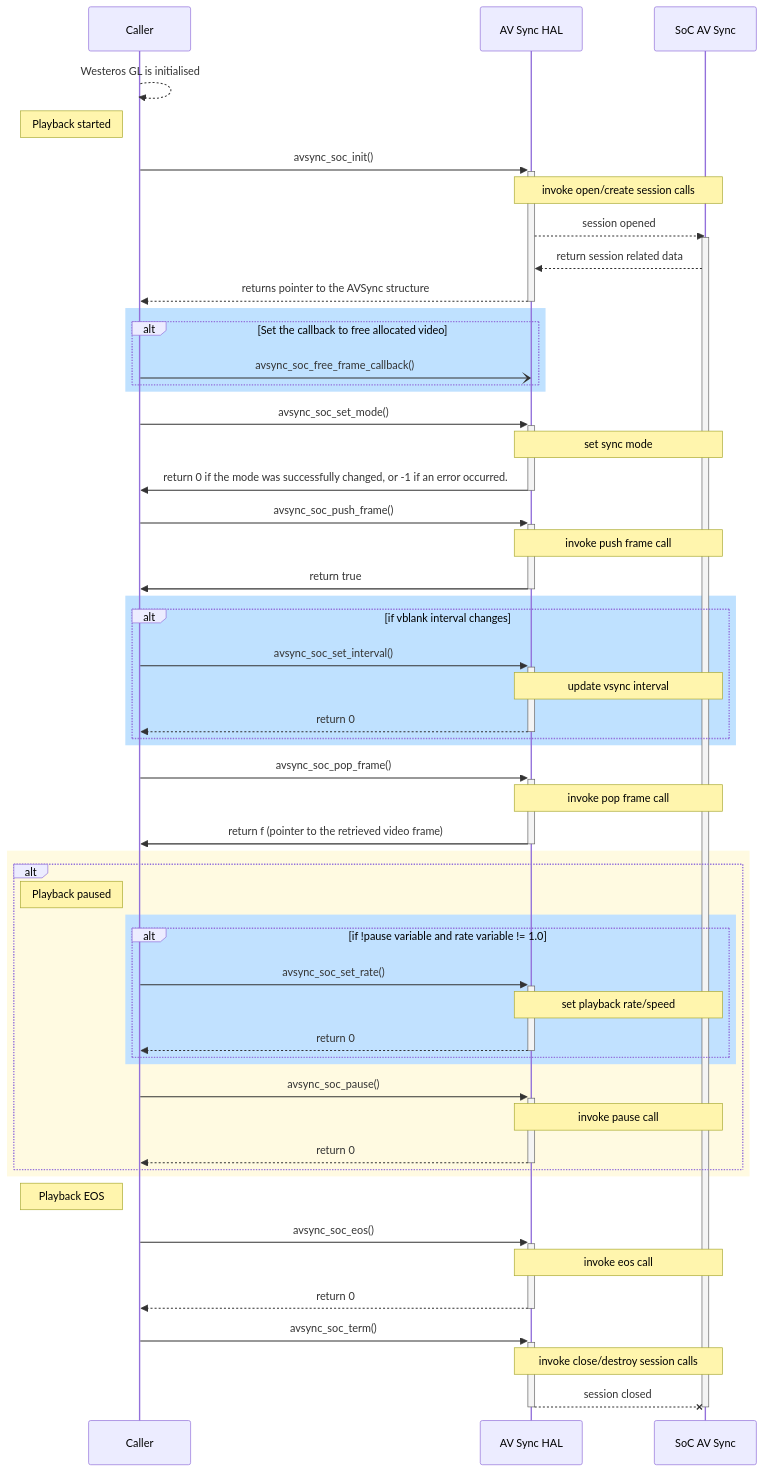
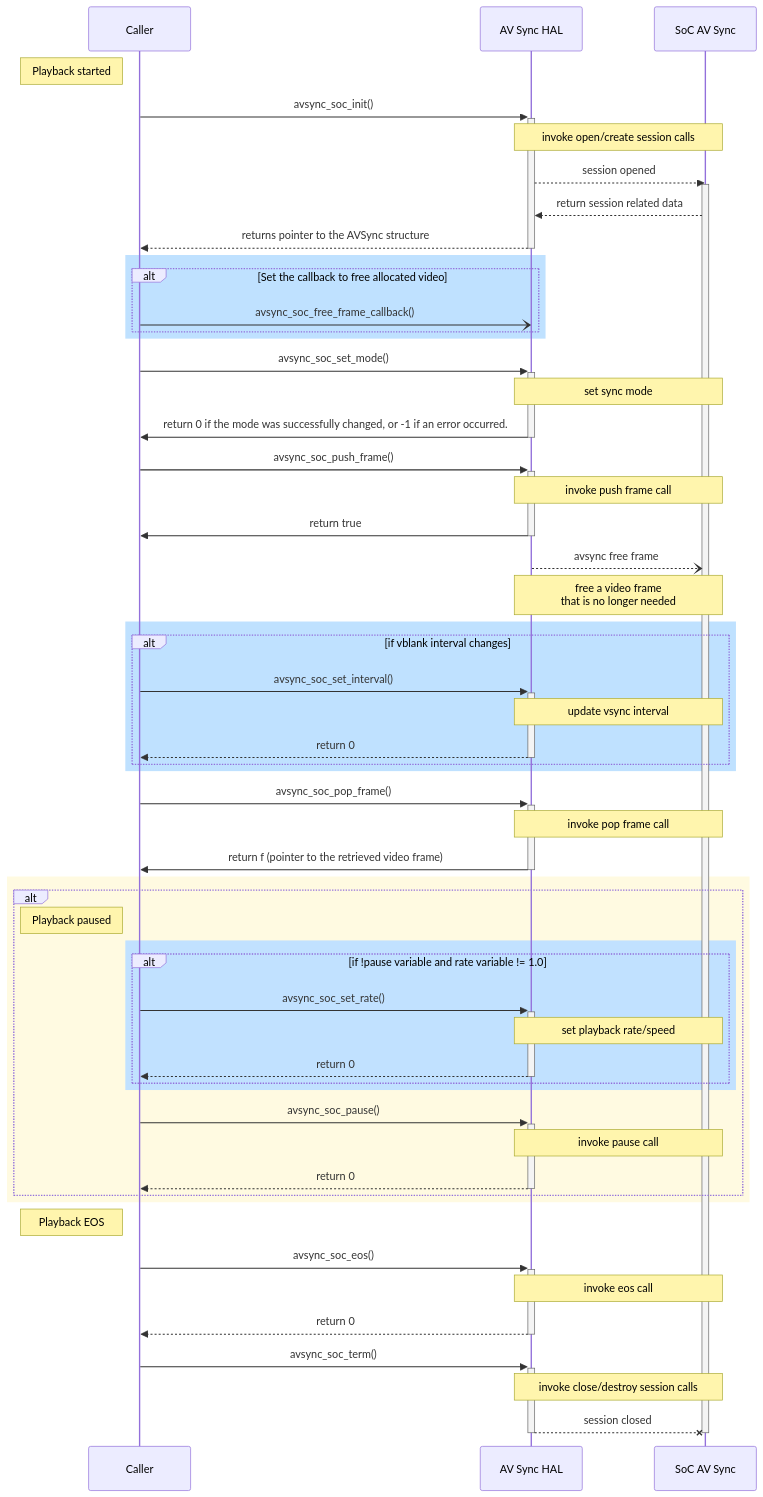
The second of 2 diagrams in docs/pages/av-sync.md (rdkcentral/rdk-halif-avsync), drawn with Mermaid before and after one commit. The commit also changed other lines of this file and 4 other files, not shown here.

````diff
--- a/docs/pages/av-sync.md
+++ b/docs/pages/av-sync.md
@@ -157,71 +153,75 @@
 ```mermaid
 
 sequenceDiagram
 
 participant Caller
 participant AV Sync HAL
 participant SoC AV Sync 
 
-Caller-->>Caller:Westeros GL is initialised
 note left of Caller:Playback started
 
 Caller->>+AV Sync HAL:avsync_soc_init()
 note over AV Sync HAL,SoC AV Sync:invoke open/create session calls
 AV Sync HAL-->>SoC AV Sync:session opened
 activate SoC AV Sync 
 SoC AV Sync-->>AV Sync HAL:return session related data
 AV Sync HAL-->>-Caller:returns pointer to the AVSync structure
 
 rect rgb(191, 225, 255)
 alt Set the callback to free allocated video 
 Caller-)AV Sync HAL:avsync_soc_free_frame_callback()
 end
 end
 
 Caller->>+AV Sync HAL:avsync_soc_set_mode()
 note over AV Sync HAL,SoC AV Sync:set sync mode
 AV Sync HAL->>-Caller: return 0 if the mode was successfully changed, or -1 if an error occurred.
 
 Caller->>+AV Sync HAL:avsync_soc_push_frame()
 note over AV Sync HAL,SoC AV Sync:invoke push frame call
 AV Sync HAL->>-Caller:return true
 
+AV Sync HAL--)SoC AV Sync: avsync free frame
+note over AV Sync HAL,SoC AV Sync:free a video frame <br/> that is no longer needed
+
 rect rgb(191, 225, 255)
 alt if vblank interval changes
 Caller->>+AV Sync HAL:avsync_soc_set_interval()
 note over AV Sync HAL,SoC AV Sync:update vsync interval
 AV Sync HAL-->>-Caller:return 0
 end
 end
 
 Caller->>+AV Sync HAL:avsync_soc_pop_frame()
 note over AV Sync HAL,SoC AV Sync:invoke pop frame call
 AV Sync HAL->>-Caller:return f (pointer to the retrieved video frame)
 
 rect rgb(255,250,225)
 alt
 note left of Caller:Playback paused
+
 rect rgb(193, 225, 255)
 alt  if !pause variable and rate variable != 1.0
 Caller->>+AV Sync HAL:avsync_soc_set_rate()
 note over AV Sync HAL,SoC AV Sync:set playback rate/speed
 AV Sync HAL-->>-Caller:return 0
 end
 end
 Caller->>+AV Sync HAL:avsync_soc_pause()
 note over AV Sync HAL,SoC AV Sync:invoke pause call
 AV Sync HAL-->>-Caller:return 0
 end
 end
 
 note left of Caller:Playback EOS
+
 Caller->>+AV Sync HAL:avsync_soc_eos()
 note over AV Sync HAL,SoC AV Sync:invoke eos call
 AV Sync HAL-->>-Caller:return 0
 Caller->>+AV Sync HAL:avsync_soc_term()
 note over AV Sync HAL,SoC AV Sync:invoke close/destroy session calls
 AV Sync HAL--xSoC AV Sync:session closed
 deactivate SoC AV Sync 
 deactivate AV Sync HAL
 
 ```
````
